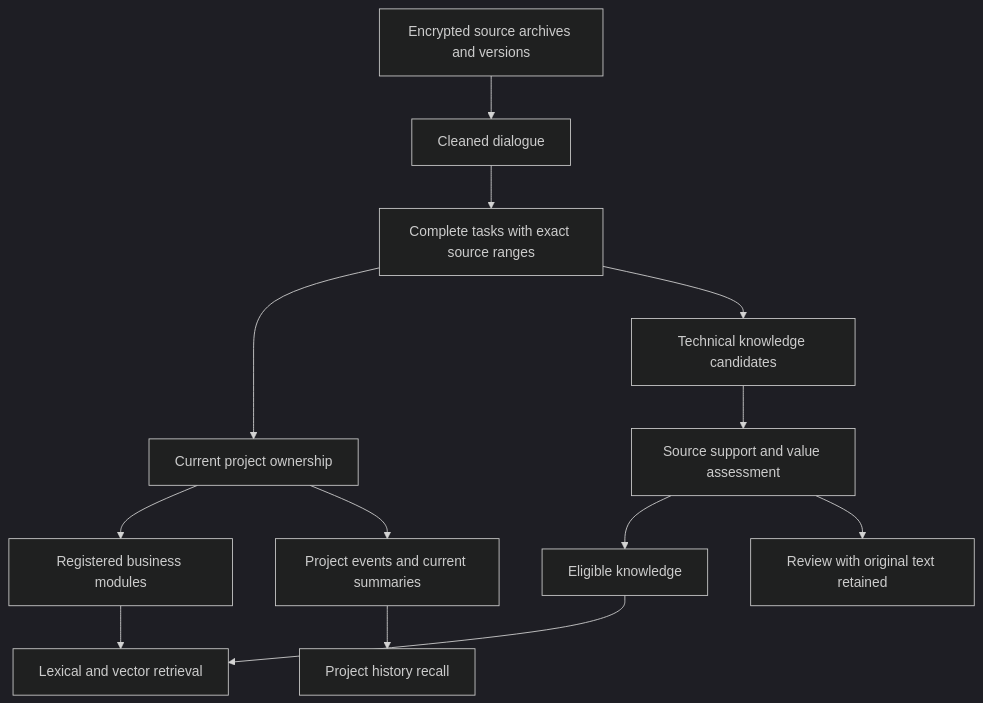
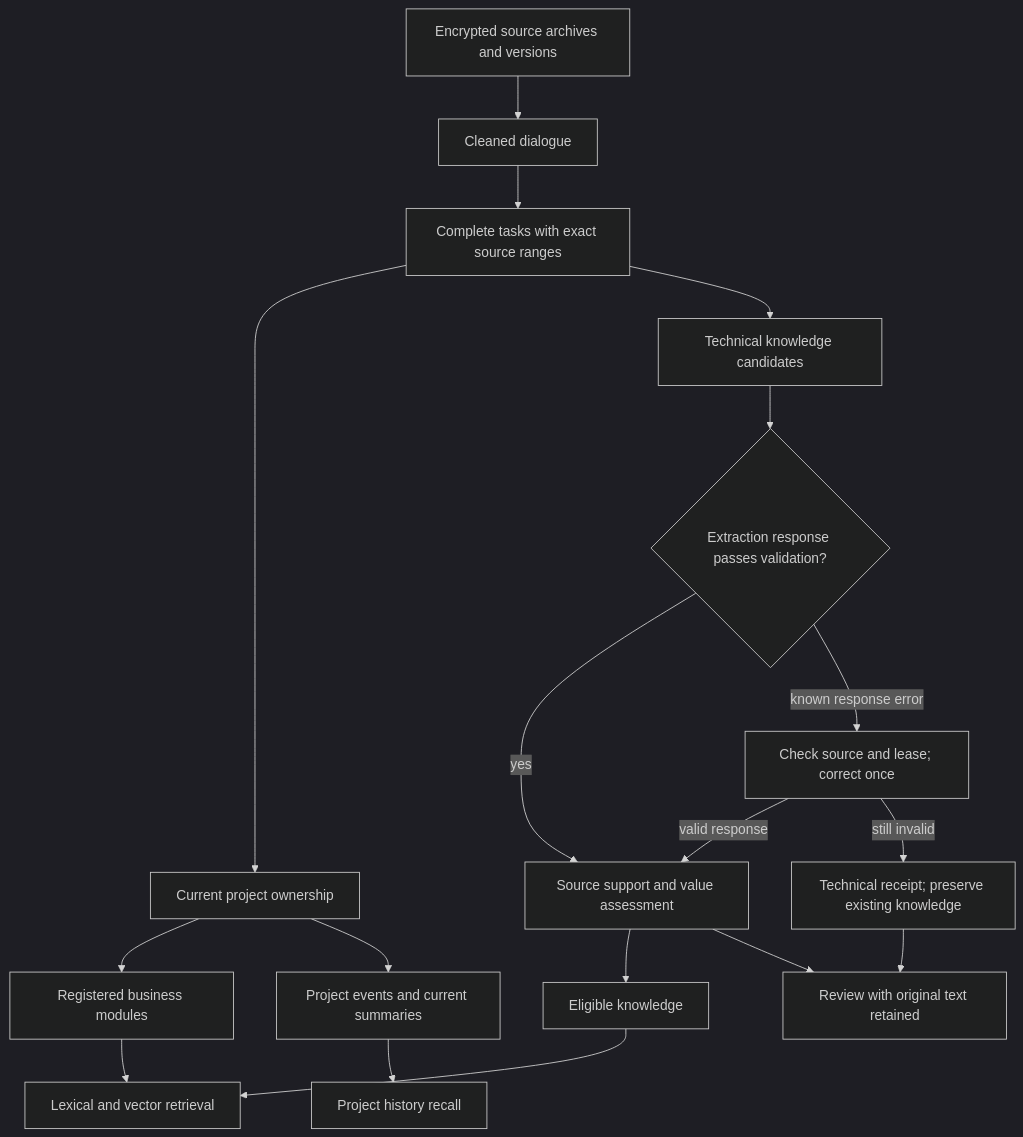
One commit to 1942293420/Evolvmem_MCP changed the diagram in docs/2026-10-31-memory-governance.md. Above: the diagram before and after it, drawn with Mermaid (dark theme). The commit also changed other lines of this file and 10 other files, not shown here.

First line of the commit message:
Handle invalid extraction per unit and preserve dual workflow status

````diff
--- a/docs/2026-10-31-memory-governance.md
+++ b/docs/2026-10-31-memory-governance.md
@@ -9,15 +9,20 @@
 ```mermaid
 flowchart TD
     A[Encrypted source archives and versions] --> B[Cleaned dialogue]
     B --> C[Complete tasks with exact source ranges]
     C --> D[Current project ownership]
     D --> E[Registered business modules]
     D --> F[Project events and current summaries]
     C --> G[Technical knowledge candidates]
-    G --> H[Source support and value assessment]
+    G --> V{Extraction response passes validation?}
+    V -->|yes| H[Source support and value assessment]
+    V -->|known response error| W[Check source and lease; correct once]
+    W -->|valid response| H
+    W -->|still invalid| T[Technical receipt; preserve existing knowledge]
+    T --> J[Review with original text retained]
     H --> I[Eligible knowledge]
     H --> J[Review with original text retained]
     I --> K[Lexical and vector retrieval]
     E --> K
     F --> L[Project history recall]
 ```
````
